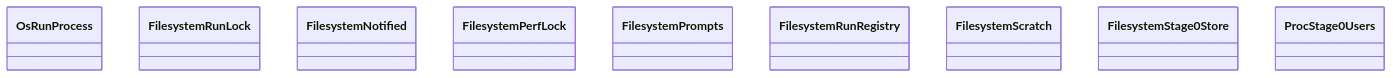
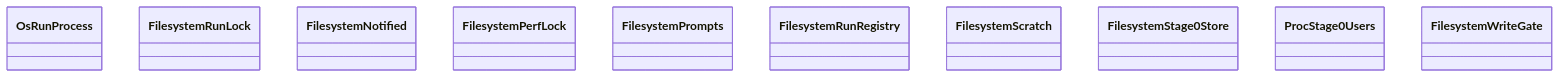
Before and after one commit to GonzaloZevallos/agentic-system: the diagram in docs/architecture/generated/classes-process-adapters-filesystem-2.md, drawn with Mermaid. The commit also changed 9 other files, not shown here.

Commit message:
Regenerate the architecture docs after the merge

````diff
--- a/docs/architecture/generated/classes-process-adapters-filesystem-2.md
+++ b/docs/architecture/generated/classes-process-adapters-filesystem-2.md
@@ -12,12 +12,13 @@
 ```mermaid
 classDiagram
     class filesystem__liveness__OsRunProcess["OsRunProcess"]
     class filesystem__lock__FilesystemRunLock["FilesystemRunLock"]
     class filesystem__notified__FilesystemNotified["FilesystemNotified"]
     class filesystem__perf_lock__FilesystemPerfLock["FilesystemPerfLock"]
     class filesystem__prompts__FilesystemPrompts["FilesystemPrompts"]
     class filesystem__run_registry__FilesystemRunRegistry["FilesystemRunRegistry"]
     class filesystem__scratch__FilesystemScratch["FilesystemScratch"]
     class filesystem__stage0_store__FilesystemStage0Store["FilesystemStage0Store"]
     class filesystem__stage0_users__ProcStage0Users["ProcStage0Users"]
+    class filesystem__write_gate__FilesystemWriteGate["FilesystemWriteGate"]
 ```
````
